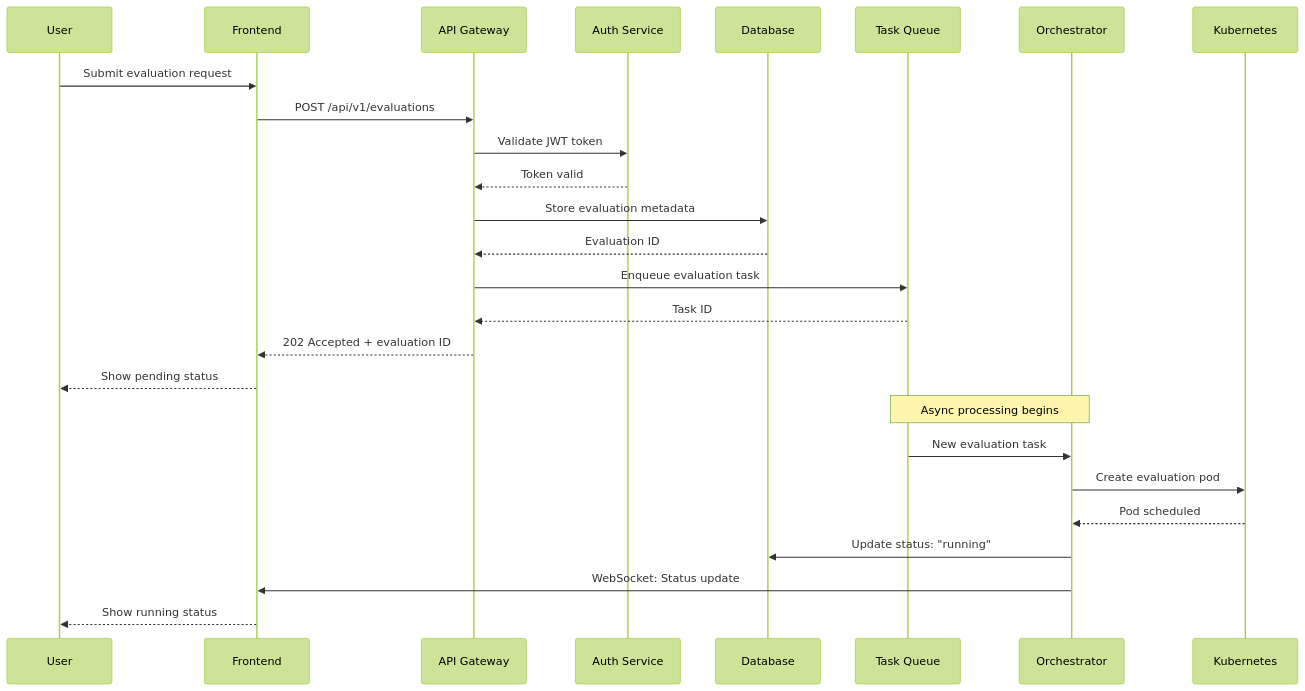
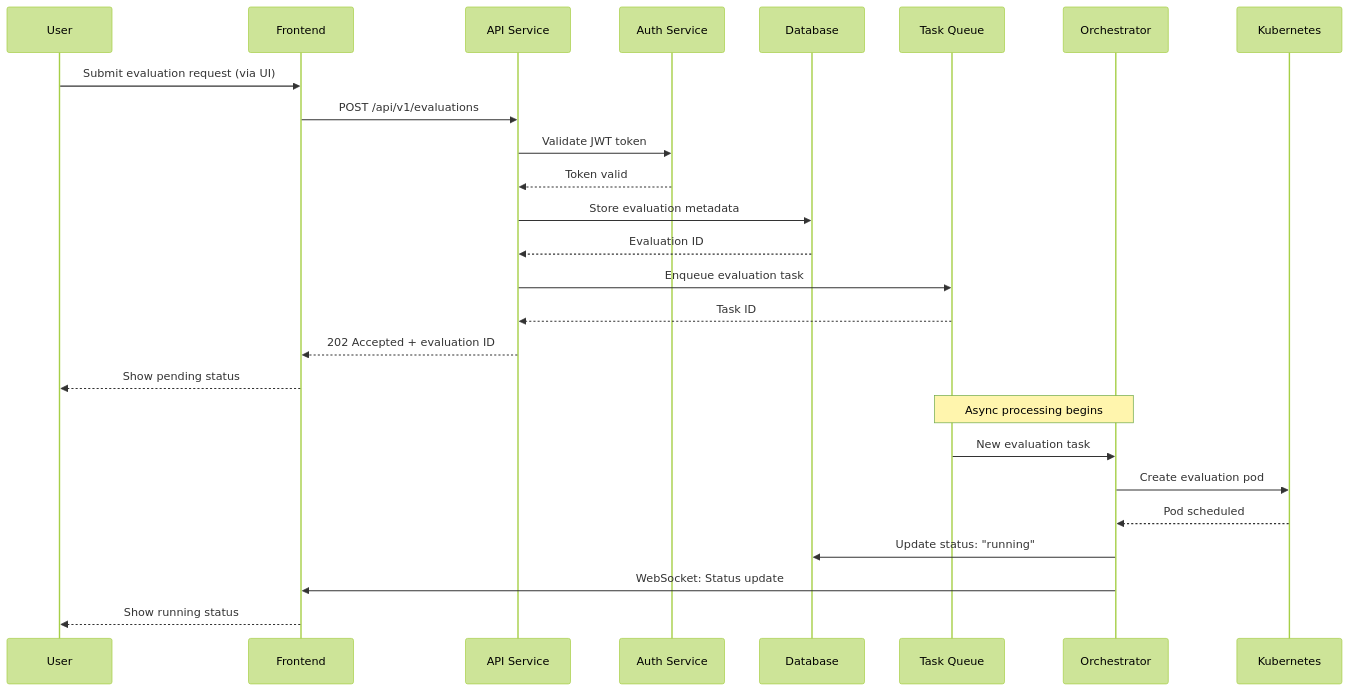
One commit to VeylanSolmira/crucible-eval-platform changed the first of 7 diagrams in architecture.md. Above: the diagram before and after it, drawn with Mermaid (forest theme). The commit also changed other lines of this file and 122 other files, not shown here.

````diff
--- a/architecture.md
+++ b/architecture.md
@@ -554,30 +555,30 @@
 ```mermaid
 sequenceDiagram
     participant U as User
     participant F as Frontend
-    participant API as API Gateway
+    participant API as API Service
     participant Auth as Auth Service
     participant DB as Database
     participant Q as Task Queue
     participant O as Orchestrator
     participant K8s as Kubernetes
 
-    U->>F: Submit evaluation request
+    U->>F: Submit evaluation request (via UI)
     F->>API: POST /api/v1/evaluations
     API->>Auth: Validate JWT token
     Auth-->>API: Token valid
     API->>DB: Store evaluation metadata
     DB-->>API: Evaluation ID
     API->>Q: Enqueue evaluation task
     Q-->>API: Task ID
     API-->>F: 202 Accepted + evaluation ID
     F-->>U: Show pending status
     
     Note over Q,O: Async processing begins
     Q->>O: New evaluation task
     O->>K8s: Create evaluation pod
     K8s-->>O: Pod scheduled
     O->>DB: Update status: "running"
     O->>F: WebSocket: Status update
     F-->>U: Show running status
 ```
````
